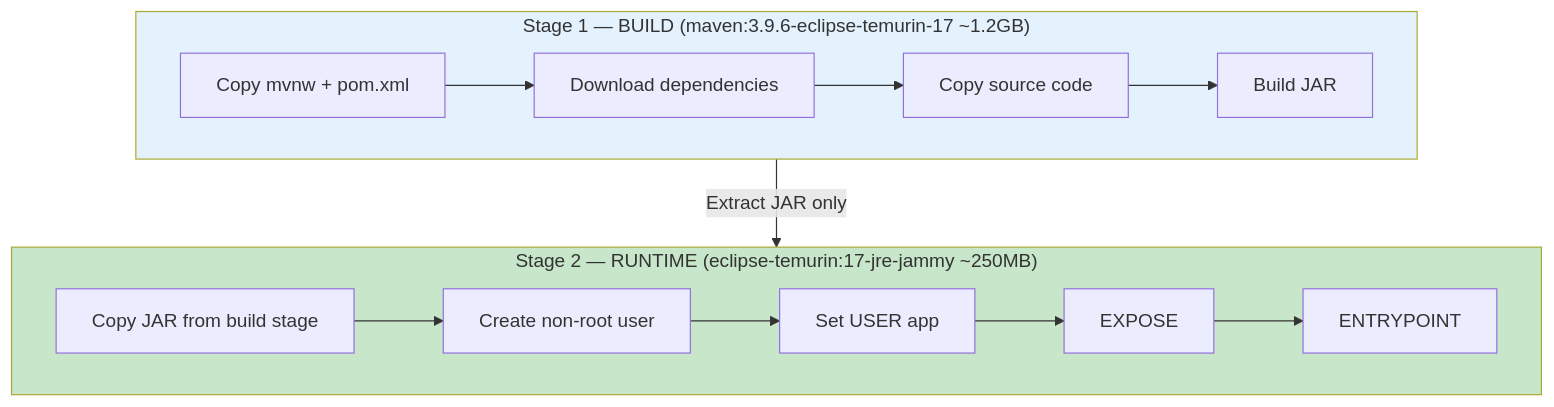
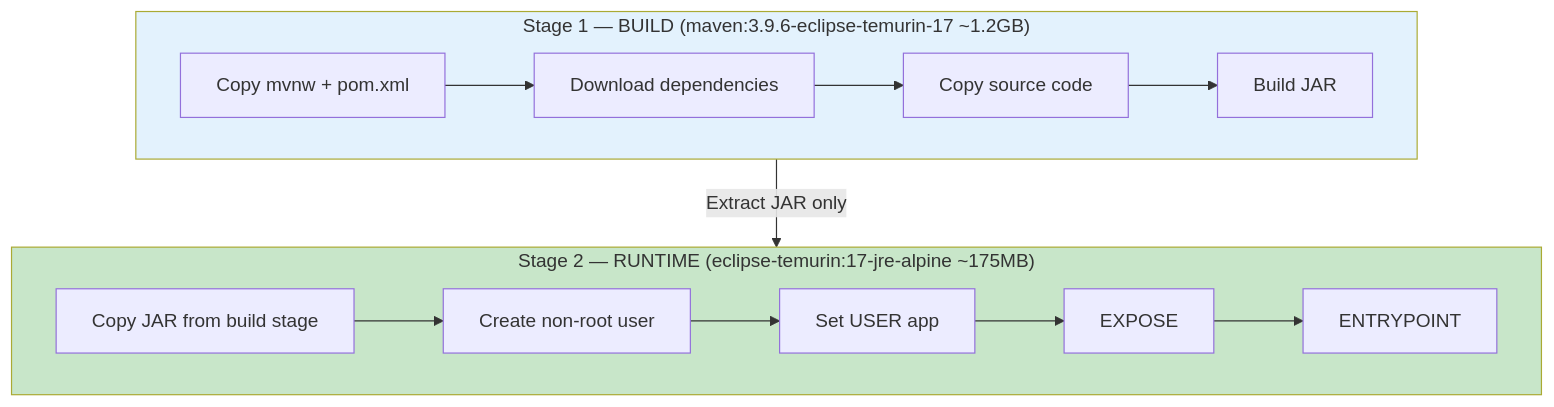
The diagram in docs/architecture/deployment/docker-strategy.md (Keglev/stockease), drawn with Mermaid before and after one commit. The commit also changed other lines of this file and 3 other files, not shown here.

````diff
--- a/docs/architecture/deployment/docker-strategy.md
+++ b/docs/architecture/deployment/docker-strategy.md
@@ -9,20 +9,20 @@
 ```mermaid
 graph TD
     subgraph Stage1["Stage 1 — BUILD (maven:3.9.6-eclipse-temurin-17 ~1.2GB)"]
         B1[Copy mvnw + pom.xml] --> B2[Download dependencies]
         B2 --> B3[Copy source code]
         B3 --> B4[Build JAR]
     end
 
     Stage1 -->|Extract JAR only| Stage2
 
-    subgraph Stage2["Stage 2 — RUNTIME (eclipse-temurin:17-jre-jammy ~250MB)"]
+    subgraph Stage2["Stage 2 — RUNTIME (eclipse-temurin:17-jre-alpine ~175MB)"]
         R1[Copy JAR from build stage] --> R2[Create non-root user]
         R2 --> R3[Set USER app]
         R3 --> R4[EXPOSE <port>]
         R4 --> R5[ENTRYPOINT]
     end
 
     style Stage1 fill:#e3f2fd
     style Stage2 fill:#c8e6c9
 ```
````
